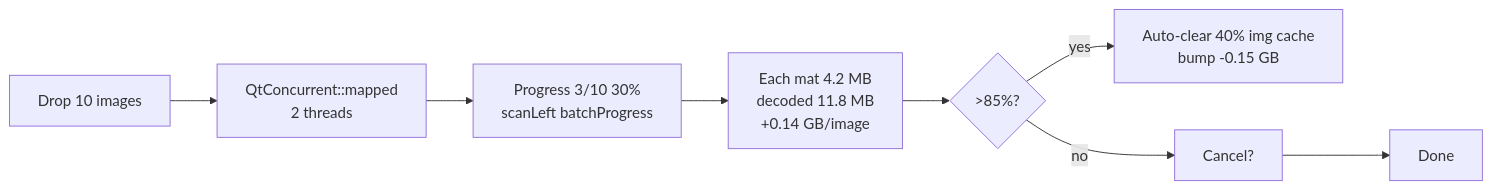
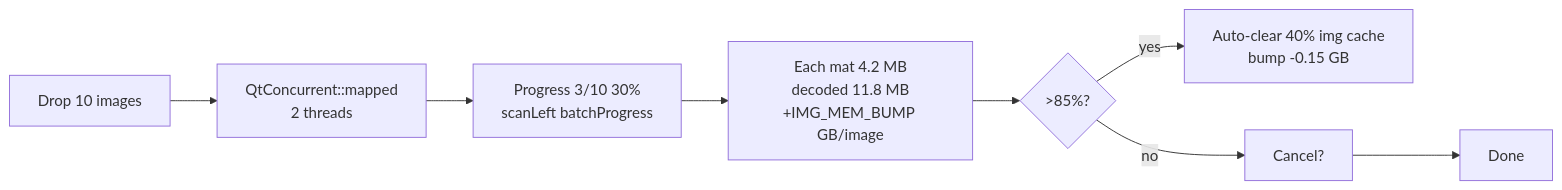
Before and after one commit to nyght-x-walker/argus: the sixth of 9 diagrams in ARCHITECTURE.md, drawn with Mermaid. The commit also changed other lines of this file, not shown here.

Commit message:
ARCHITECTURE.md: fix UI tech stack, build targets, Mat const&, named memory bumps per CODE_STYLE.md; restore argus_app for GUI mode

````diff
--- a/ARCHITECTURE.md
+++ b/ARCHITECTURE.md
@@ -212,10 +212,10 @@
 ```mermaid
 flowchart LR
   B[Drop 10 images] --> Q[QtConcurrent::mapped<br/>2 threads]
   Q --> P[Progress 3/10 30%<br/>scanLeft batchProgress]
-  P --> M[Each mat 4.2 MB<br/>decoded 11.8 MB<br/>+0.14 GB/image]
+  P --> M[Each mat 4.2 MB<br/>decoded 11.8 MB<br/>+IMG_MEM_BUMP GB/image]
   M --> C{>85%?}
   C -->|yes| A[Auto-clear 40% img cache<br/>bump -0.15 GB]
   C -->|no| N[Cancel?]
   N --> E[Done]
 ```
````
